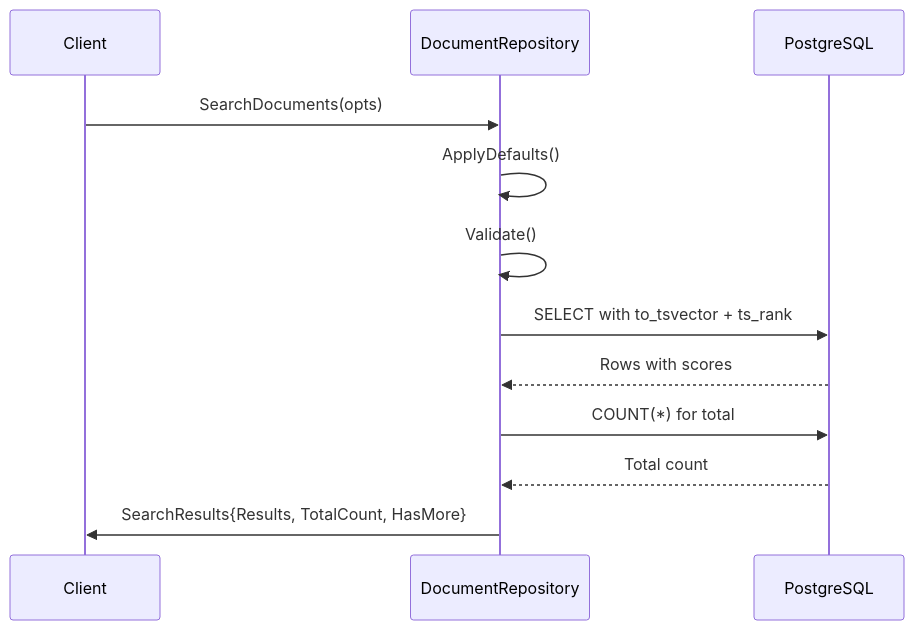
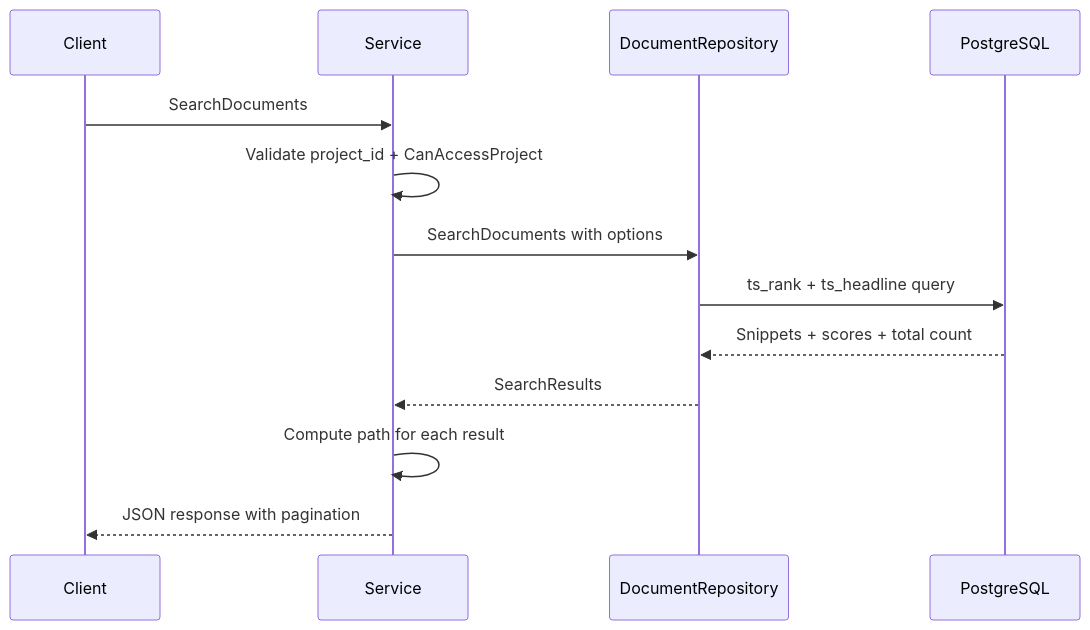
The diagram in _docs/technical/backend/search-architecture.md (haowjy/meridian-flow), drawn with Mermaid before and after one commit. The commit also changed other lines of this file and 62 other files, not shown here.

````diff
--- a/_docs/technical/backend/search-architecture.md
+++ b/_docs/technical/backend/search-architecture.md
@@ -18,15 +12,16 @@
 ```mermaid
 sequenceDiagram
     participant Client
+    participant Service
     participant Repo as DocumentRepository
     participant DB as PostgreSQL
 
-    Client->>Repo: SearchDocuments(opts)
-    Repo->>Repo: ApplyDefaults()
-    Repo->>Repo: Validate()
-    Repo->>DB: SELECT with to_tsvector + ts_rank
-    DB-->>Repo: Rows with scores
-    Repo->>DB: COUNT(*) for total
-    DB-->>Repo: Total count
-    Repo->>Client: SearchResults{Results, TotalCount, HasMore}
+    Client->>Service: SearchDocuments
+    Service->>Service: Validate project_id + CanAccessProject
+    Service->>Repo: SearchDocuments with options
+    Repo->>DB: ts_rank + ts_headline query
+    DB-->>Repo: Snippets + scores + total count
+    Repo-->>Service: SearchResults
+    Service->>Service: Compute path for each result
+    Service-->>Client: JSON response with pagination
 ```
````
